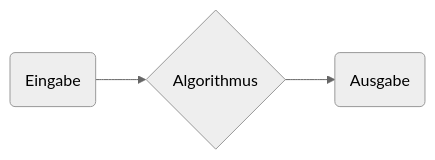
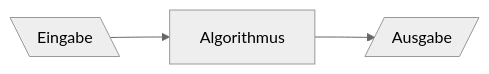
The first of 10 diagrams in docs/documentation/algorithms.mdx (jappuccini/java-docs), drawn with Mermaid (neutral theme) before and after one commit. The commit also changed other lines of this file and 26 other files, not shown here.

Commit message:
Update Mermaid Format

````diff
--- a/docs/documentation/algorithms.mdx
+++ b/docs/documentation/algorithms.mdx
@@ -18,8 +18,7 @@
 ```mermaid
 flowchart LR
-    input --> algorithm --> output
-
-    input(Eingabe)
-    algorithm{Algorithmus}
-    output(Ausgabe)
+   input --> algorithm --> output
+   input[Eingabe]@{ shape: lean-l }
+   algorithm[Algorithmus]
+   output[Ausgabe]@{ shape: lean-r }
 ```
````
